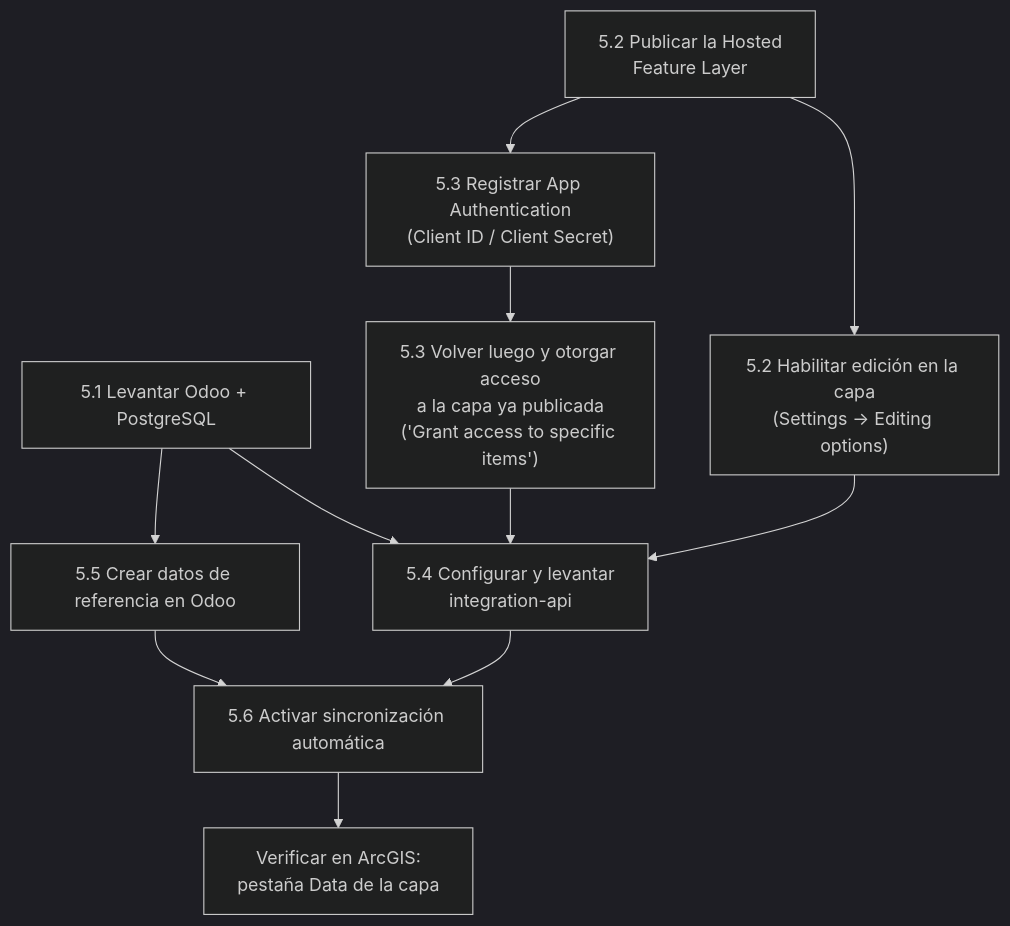
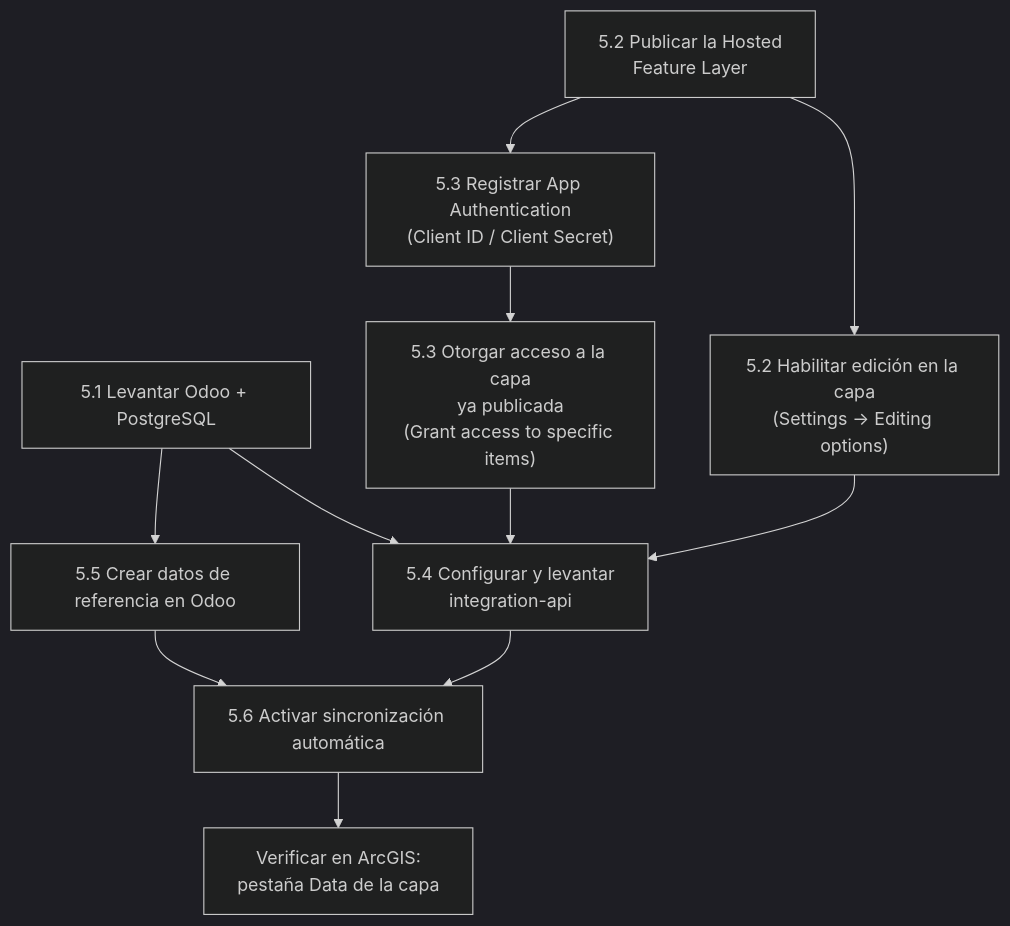
Before and after one commit to osbonilla/IntegracionOdooArcGIS: the second of 3 diagrams in README.md, drawn with Mermaid (dark theme). The commit also changed other lines of this file, not shown here.

````diff
--- a/README.md
+++ b/README.md
@@ -143,13 +146,19 @@
 ```mermaid
 flowchart TD
     A["5.1 Levantar Odoo + PostgreSQL"] --> E["5.4 Configurar y levantar<br/>integration-api"]
+
     B["5.2 Publicar la Hosted<br/>Feature Layer"] --> C["5.2 Habilitar edición en la capa<br/>(Settings → Editing options)"]
+
     B --> D["5.3 Registrar App Authentication<br/>(Client ID / Client Secret)"]
-    D --> D2["5.3 Volver luego y otorgar acceso<br/>a la capa ya publicada<br/>('Grant access to specific items')"]
+
+    D --> D2["5.3 Otorgar acceso a la capa<br/>ya publicada<br/>(Grant access to specific items)"]
+
     C --> E
     D2 --> E
     A --> F["5.5 Crear datos de referencia en Odoo"]
+
     E --> G["5.6 Activar sincronización automática"]
     F --> G
+
     G --> H["Verificar en ArcGIS:<br/>pestaña Data de la capa"]
 ```
````
